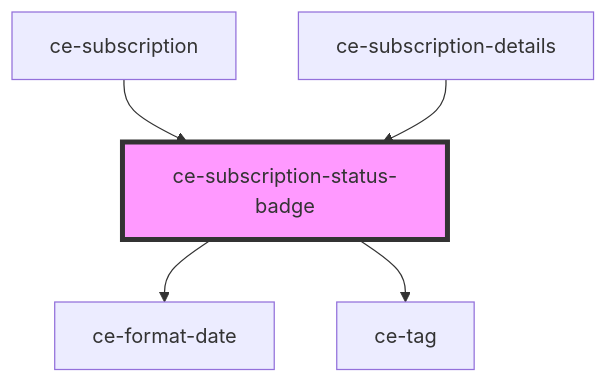
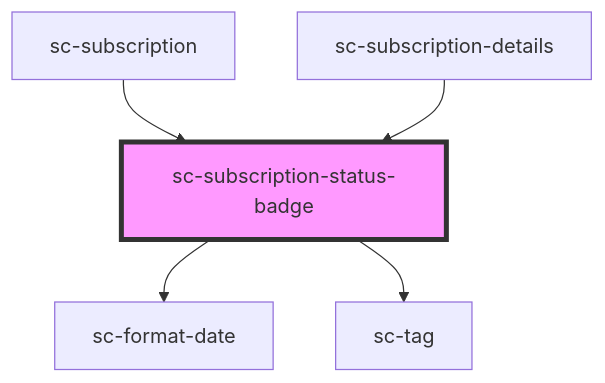
One commit to surecart/surecart-wp-plugin changed the diagram in packages/components/src/components/ui/subscription-status-badge/readme.md. Above: the diagram before and after it, drawn with Mermaid. The commit also changed other lines of this file and 1281 other files, not shown here.

````diff
--- a/packages/components/src/components/ui/subscription-status-badge/readme.md
+++ b/packages/components/src/components/ui/subscription-status-badge/readme.md
@@ -32,8 +32,8 @@
 ```mermaid
 graph TD;
-  ce-subscription-status-badge --> ce-format-date
-  ce-subscription-status-badge --> ce-tag
-  ce-subscription --> ce-subscription-status-badge
-  ce-subscription-details --> ce-subscription-status-badge
-  style ce-subscription-status-badge fill:#f9f,stroke:#333,stroke-width:4px
+  sc-subscription-status-badge --> sc-format-date
+  sc-subscription-status-badge --> sc-tag
+  sc-subscription --> sc-subscription-status-badge
+  sc-subscription-details --> sc-subscription-status-badge
+  style sc-subscription-status-badge fill:#f9f,stroke:#333,stroke-width:4px
 ```
````
